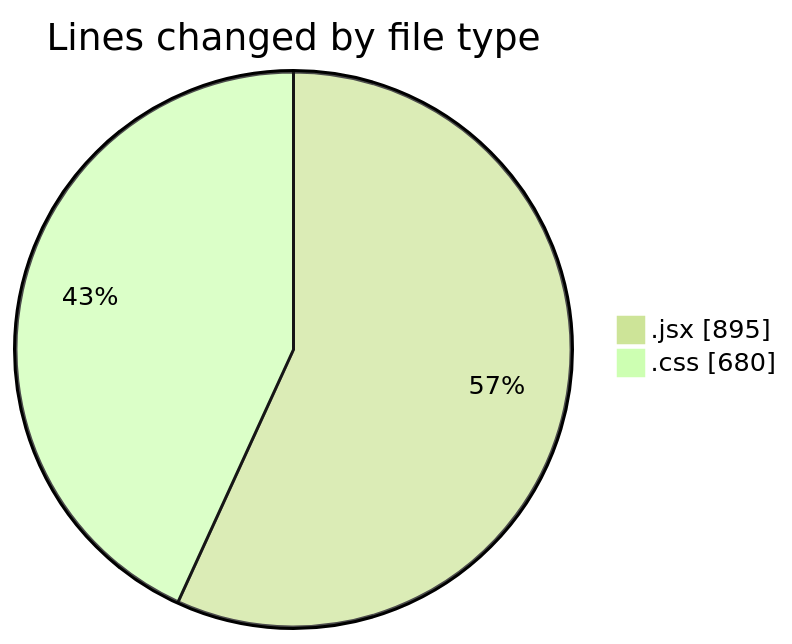
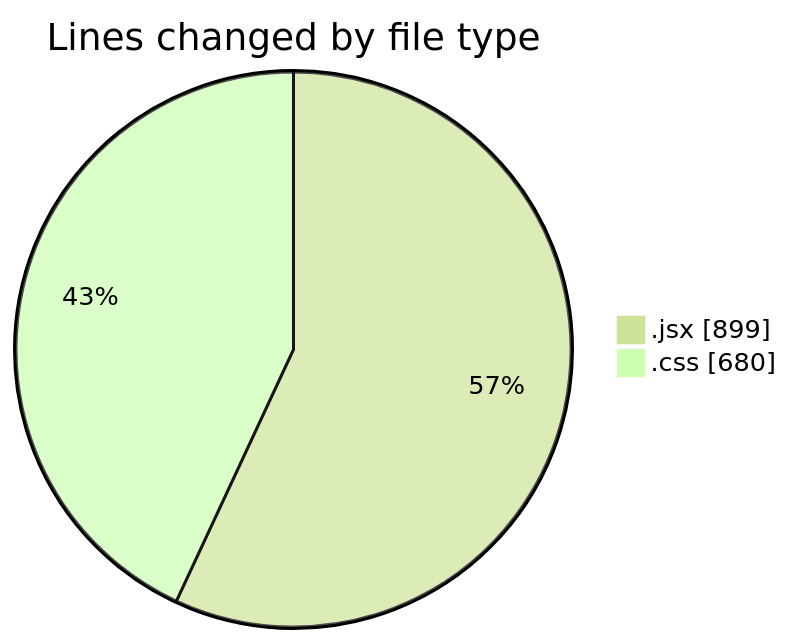
The first of 2 diagrams in 2025-05-08/recipe-app/README.md (BS-eng2023/code-tracking), drawn with Mermaid (forest theme) before and after one commit. The commit also changed other lines of this file and 1 other file, not shown here.

````diff
--- a/2025-05-08/recipe-app/README.md
+++ b/2025-05-08/recipe-app/README.md
@@ -26,6 +26,6 @@
 ```mermaid
 pie showData
 title Lines changed by file type
-".jsx" : 895
+".jsx" : 899
 ".css" : 680
 ```
````
